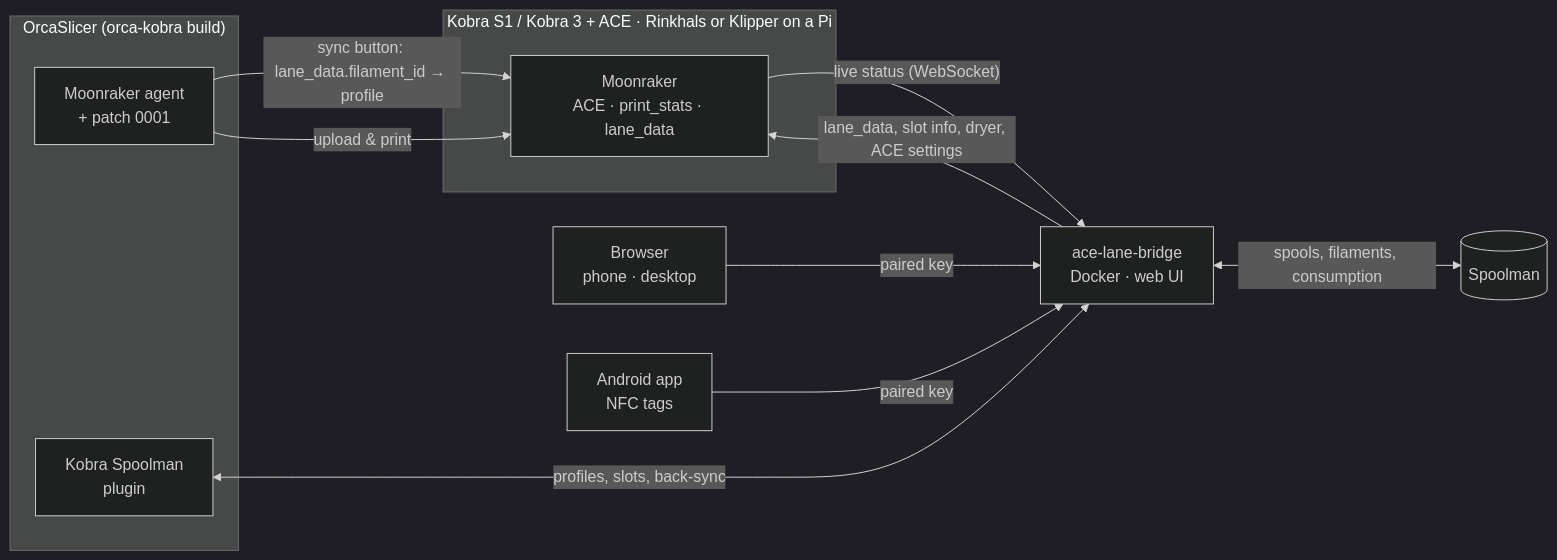
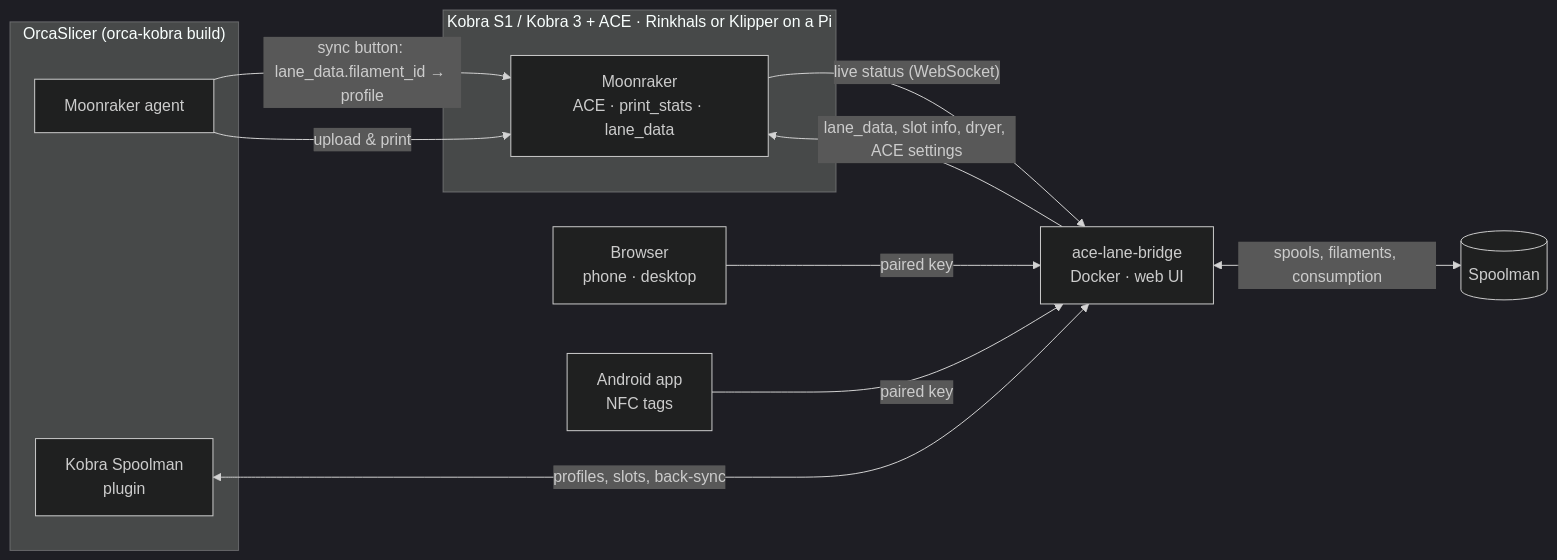
Before and after one commit to xNoVoSx/kobra-spoolman: the diagram in README.md, drawn with Mermaid (dark theme). The commit also changed other lines of this file and 6 other files, not shown here.

````diff
--- a/README.md
+++ b/README.md
@@ -77,23 +77,23 @@
 ```mermaid
 flowchart LR
     subgraph Printer["Kobra S1 / Kobra 3 + ACE · Rinkhals or Klipper on a Pi"]
         MR[Moonraker<br/>ACE · print_stats · lane_data]
     end
     SM[(Spoolman)]
     BR[ace-lane-bridge<br/>Docker · web UI]
     subgraph PC["OrcaSlicer (orca-kobra build)"]
-        AG[Moonraker agent<br/>+ patch 0001]
+        AG[Moonraker agent]
         PL[Kobra Spoolman<br/>plugin]
     end
     Web[Browser<br/>phone · desktop]
     App[Android app<br/>NFC tags]
 
     MR -- "live status (WebSocket)" --> BR
     BR -- "lane_data, slot info, dryer, ACE settings" --> MR
     BR <-->|"spools, filaments, consumption"| SM
     Web -- "paired key" --> BR
     App -- "paired key" --> BR
     PL <-->|"profiles, slots, back-sync"| BR
     AG -- "sync button: lane_data.filament_id → profile" --> MR
     AG -- "upload & print" --> MR
 ```
````
